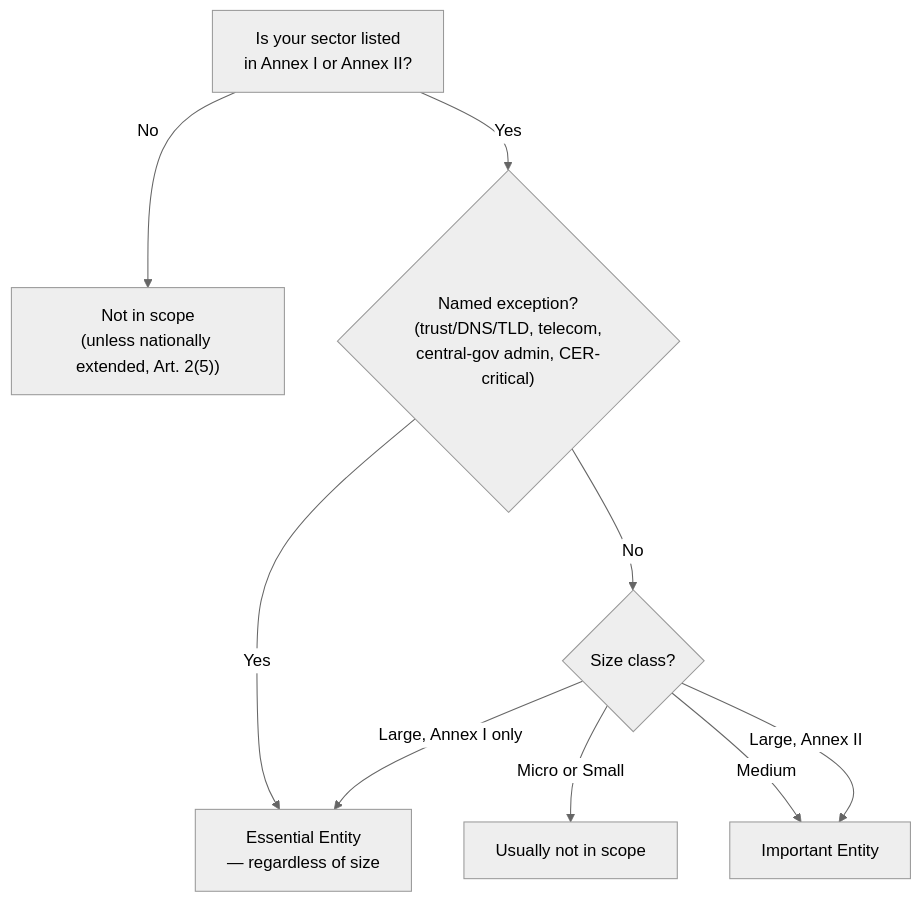
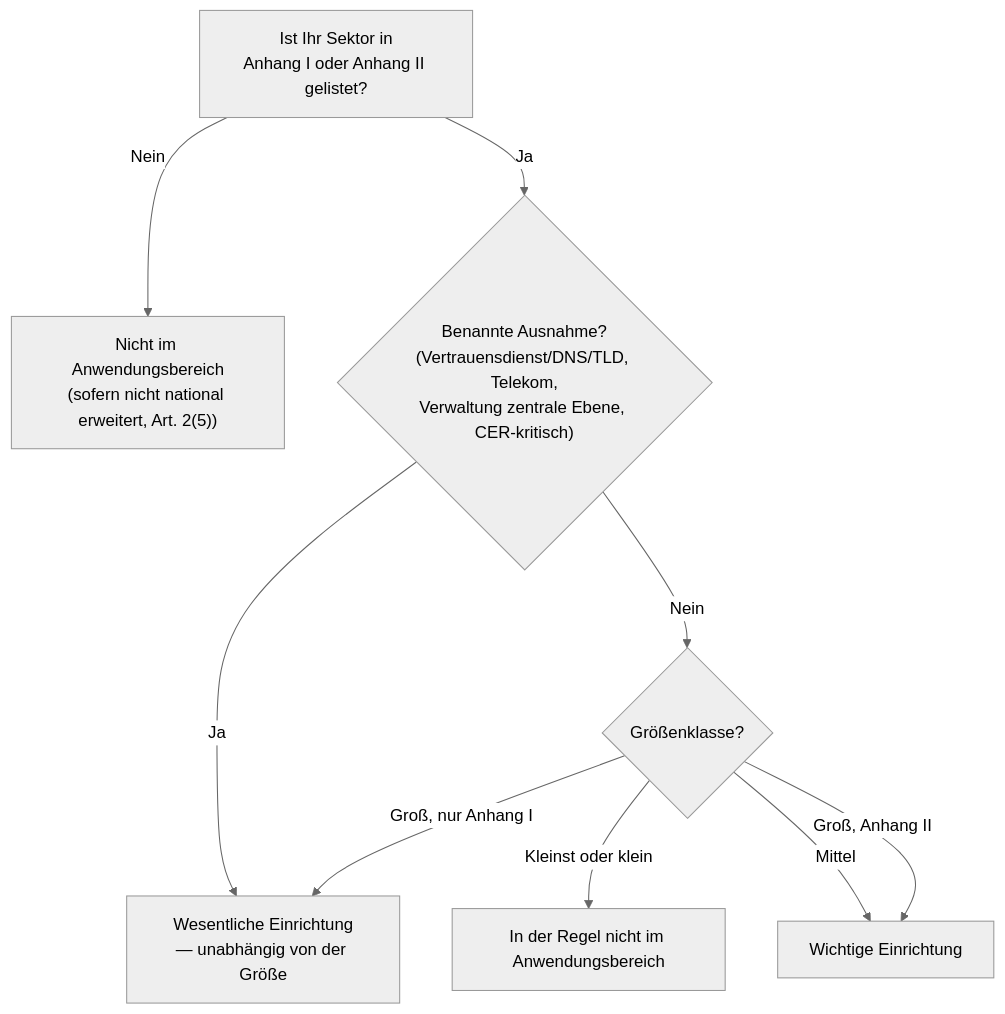
Before and after one commit to LiaPlayground/nis2: the diagram in materials/2-are-you-in-scope-essential-vs-important/README.md, drawn with Mermaid (neutral theme). The commit also changed other lines of this file and 4 other files, not shown here.

````diff
--- a/materials/2-are-you-in-scope-essential-vs-important/README.md
+++ b/materials/2-are-you-in-scope-essential-vs-important/README.md
@@ -120,11 +120,11 @@
 ```mermaid   @mermaid
 flowchart TD
-  A["Is your sector listed<br>in Annex I or Annex II?"] -->|No| Z["Not in scope<br>(unless nationally extended, Art. 2(5))"]
-  A -->|Yes| E{"Named exception?<br>(trust/DNS/TLD, telecom,<br>central-gov admin, CER-critical)"}
-  E -->|Yes| ESS["Essential Entity<br>— regardless of size"]
-  E -->|No| B{"Size class?"}
-  B -->|Micro or Small| Z2["Usually not in scope"]
-  B -->|Medium| IMP["Important Entity"]
-  B -->|Large, Annex I only| ESS
-  B -->|Large, Annex II| IMP
+  A["Ist Ihr Sektor in<br>Anhang I oder Anhang II gelistet?"] -->|Nein| Z["Nicht im Anwendungsbereich<br>(sofern nicht national erweitert, Art. 2(5))"]
+  A -->|Ja| E{"Benannte Ausnahme?<br>(Vertrauensdienst/DNS/TLD, Telekom,<br>Verwaltung zentrale Ebene, CER-kritisch)"}
+  E -->|Ja| ESS["Wesentliche Einrichtung<br>— unabhängig von der Größe"]
+  E -->|Nein| B{"Größenklasse?"}
+  B -->|Kleinst oder klein| Z2["In der Regel nicht im Anwendungsbereich"]
+  B -->|Mittel| IMP["Wichtige Einrichtung"]
+  B -->|Groß, nur Anhang I| ESS
+  B -->|Groß, Anhang II| IMP
 ```
````
